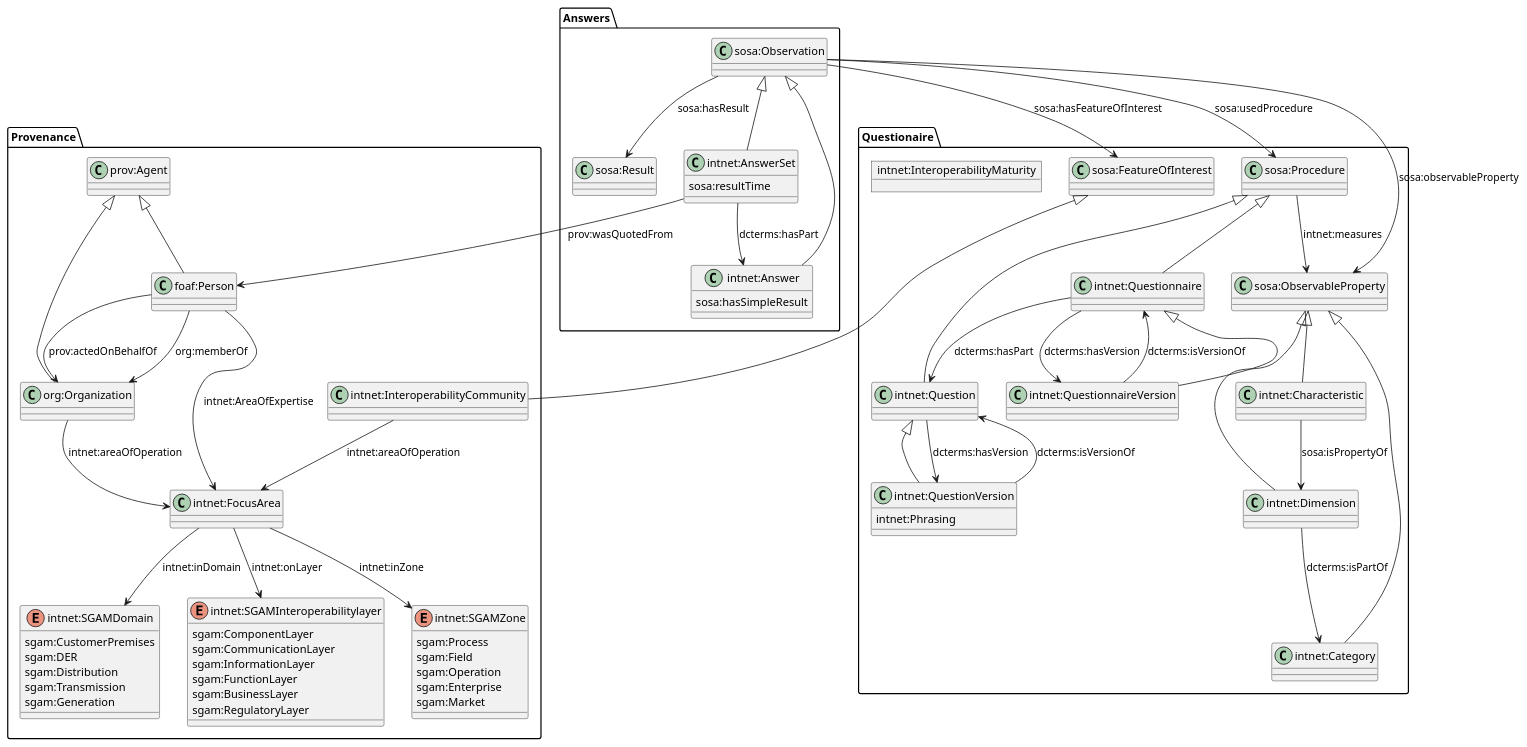
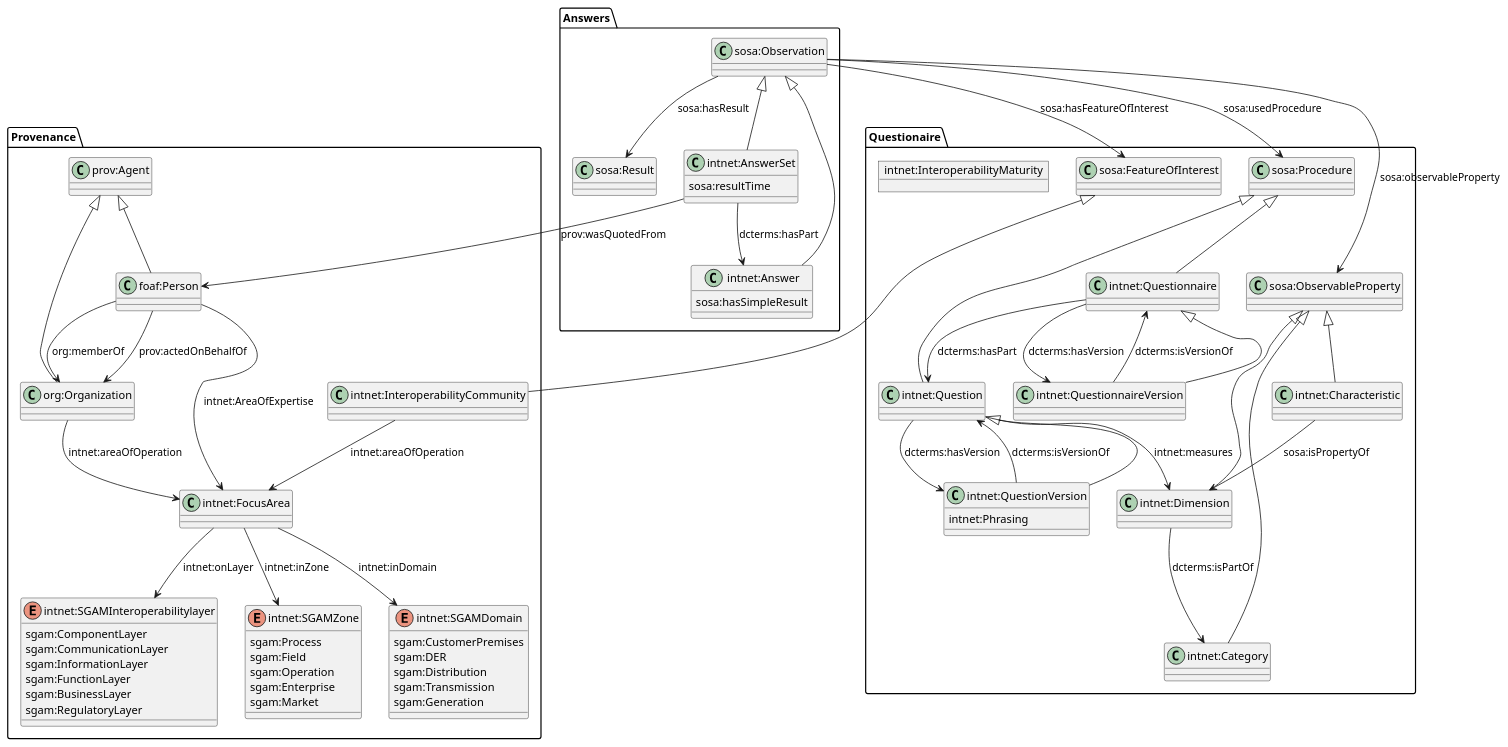
One commit to int-net/EminentModel changed the diagram in InformationModels/EminentVocabulary.plantuml. Above: the diagram before and after it, drawn with PlantUML. The commit also changed 6 other files, not shown here.

```diff
--- a/InformationModels/EminentVocabulary.plantuml
+++ b/InformationModels/EminentVocabulary.plantuml
@@ -1,107 +1,107 @@
 @startuml Eminent Vocabulary
 
 ' left to right direction
 
 package Questionaire {
     class "sosa:Procedure" as Procedure
     class "sosa:FeatureOfInterest" as FOI
     class "sosa:ObservableProperty" as OP
     Object "intnet:InteroperabilityMaturity" as IM 
     class "intnet:Questionnaire" as QR 
     class "intnet:QuestionnaireVersion" as QRV
     class "intnet:Question" as Q
     class "intnet:QuestionVersion" as QV{
             intnet:Phrasing
     }
     class "intnet:Characteristic" as Char
     class "intnet:Dimension" as Dimension
     class "intnet:Category" as Category
 }
 
 package Answers {
     class "sosa:Observation" as Observation
     class "sosa:Result" as Result
     class "intnet:Answer" as Ans {
         sosa:hasSimpleResult
     }
     class "intnet:AnswerSet" as Anss {
         sosa:resultTime
     }
 
 }
 
 package Provenance {
     class "intnet:InteroperabilityCommunity" as iopc 
     class "prov:Agent" as Agent
     class "foaf:Person" as Person
     class "org:Organization" as Organization
     class "intnet:FocusArea" as FA
 
     enum "intnet:SGAMZone" as iopz {
         sgam:Process 
         sgam:Field 
         sgam:Operation
         sgam:Enterprise
         sgam:Market
     }
 
     enum "intnet:SGAMDomain" as iopd {
         sgam:CustomerPremises
         sgam:DER 
         sgam:Distribution
         sgam:Transmission
         sgam:Generation
     }
 
     enum "intnet:SGAMInteroperabilitylayer" as iopl {
         sgam:ComponentLayer
         sgam:CommunicationLayer
         sgam:InformationLayer
         sgam:FunctionLayer
         sgam:BusinessLayer
         sgam:RegulatoryLayer
     }   
 }
 
 FOI <|-- iopc
 OP <|-- Dimension
 OP <|- Category
 QR <|-- QRV
 Procedure <|-- QR
 Procedure <|-- Q
 Q <|-- QV
 OP <|-- Char
 Observation <|-- Ans
 Observation <|-- Anss
 Agent <|-- Person
 Agent <|-- Organization
 
 Person --> Organization : "org:memberOf"
 Person --> Organization : "prov:actedOnBehalfOf"
 
 Person --> FA : "intnet:AreaOfExpertise"
 Organization --> FA : "intnet:areaOfOperation"
 
 FA --> iopd : "intnet:inDomain"
 FA --> iopl : "intnet:onLayer"
 FA --> iopz : "intnet:inZone"
 
 Observation --> FOI : "sosa:hasFeatureOfInterest"
 Observation --> Procedure : "sosa:usedProcedure"
 Observation --> Result : "sosa:hasResult"
 Observation --> OP : "sosa:observableProperty"
 
 QR --> Q : "dcterms:hasPart"
 QR --> QRV : "dcterms:hasVersion"
 QRV --> QR : "dcterms:isVersionOf"
 Q --> QV : "dcterms:hasVersion"
 QV --> Q : "dcterms:isVersionOf"
 Anss --> Ans : "dcterms:hasPart"
 Anss --> Person :"prov:wasQuotedFrom"
 
 Dimension --> Category : "dcterms:isPartOf"
 Char --> Dimension : "sosa:isPropertyOf"
-Procedure --> OP : "intnet:measures"
+Q --> Dimension : "intnet:measures"
 iopc --> FA : "intnet:areaOfOperation"
 
 @enduml
```
